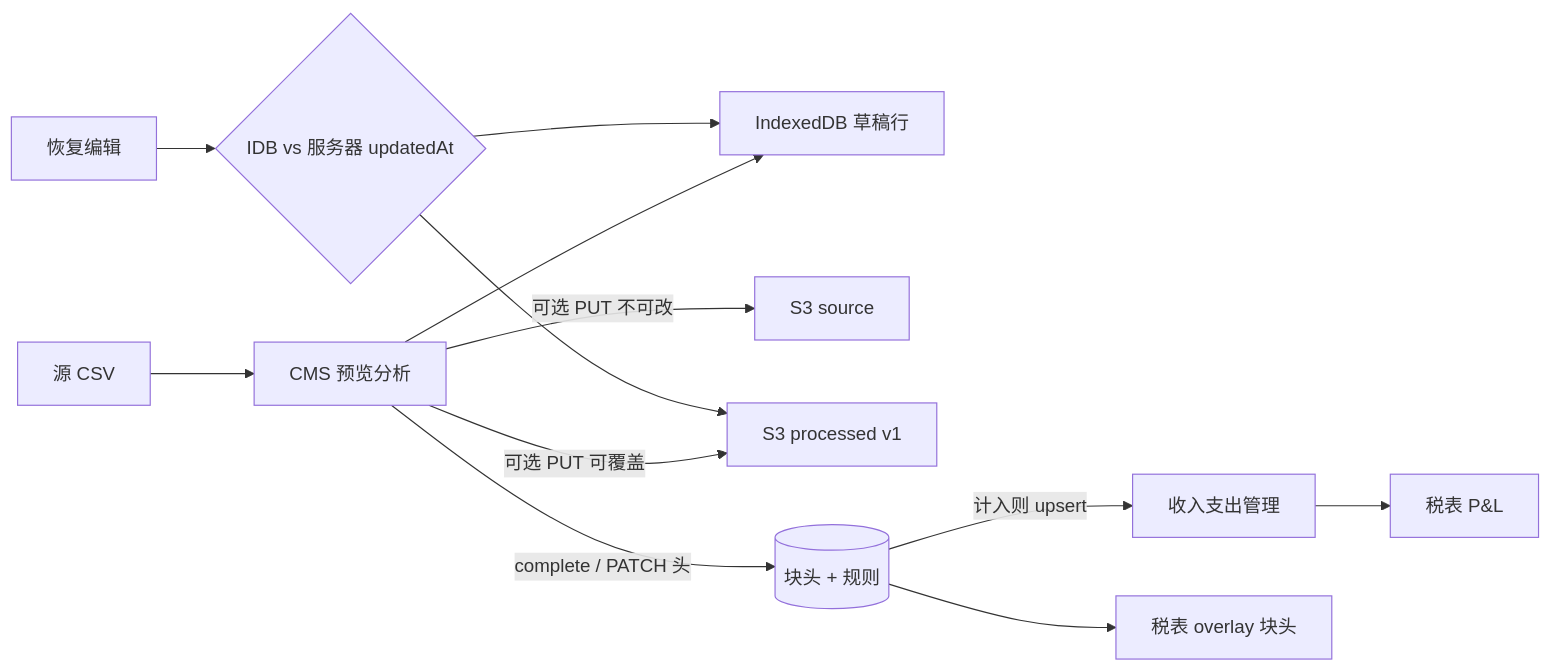
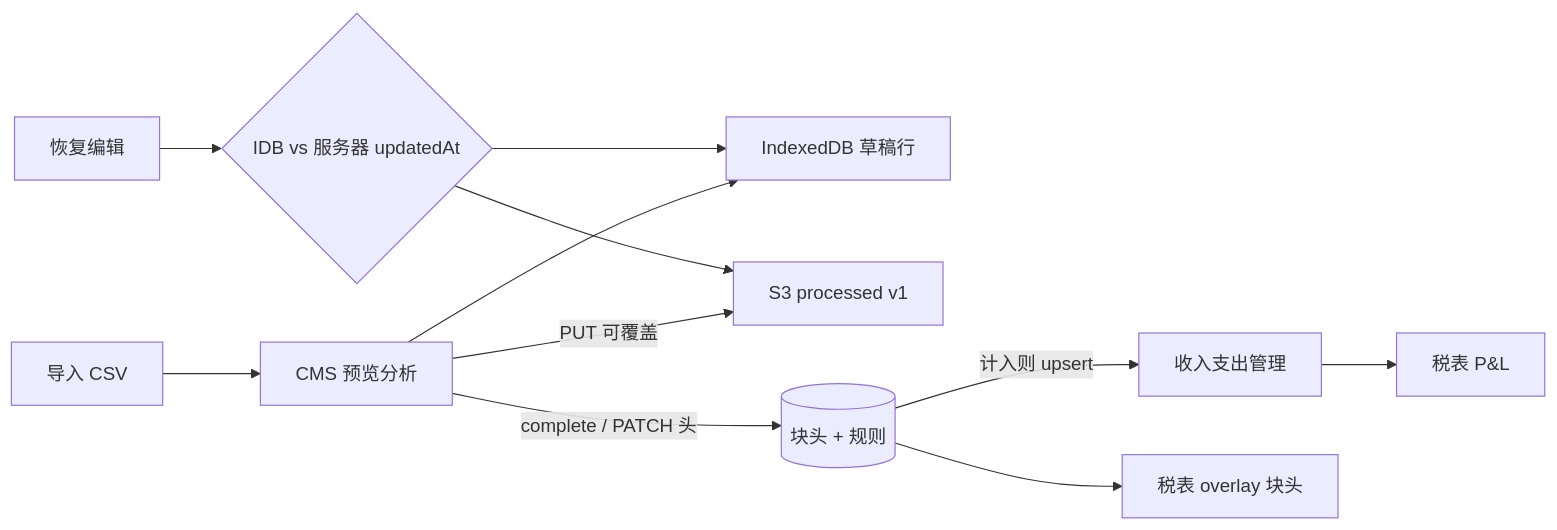
Before and after one commit to lancety/xituan_agent: the first of 2 diagrams in devGuide/ledger-intake/README.md, drawn with Mermaid. The commit also changed other lines of this file, not shown here.

````diff
--- a/devGuide/ledger-intake/README.md
+++ b/devGuide/ledger-intake/README.md
@@ -40,14 +42,13 @@
 ```mermaid
 flowchart LR
-  csv[源 CSV] --> cms[CMS 预览分析]
+  csv[导入 CSV] --> cms[CMS 预览分析]
   cms --> idb[IndexedDB 草稿行]
-  cms -->|"可选 PUT 不可改"| s3src[S3 source]
-  cms -->|"可选 PUT 可覆盖"| s3proc[S3 processed v1]
+  cms -->|"PUT 可覆盖"| s3proc[S3 processed v1]
   cms -->|"complete / PATCH 头"| db[(块头 + 规则)]
   db -->|"计入则 upsert"| books[收入支出管理]
   db --> tax[税表 overlay 块头]
   books --> pnl[税表 P&L]
   reopen[恢复编辑] --> newer{IDB vs 服务器 updatedAt}
   newer --> idb
   newer --> s3proc
 ```
````
